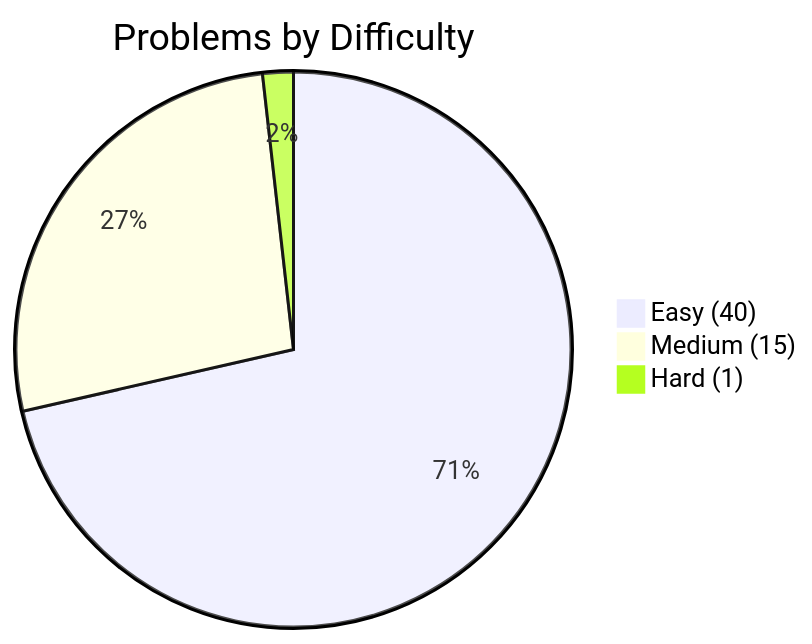
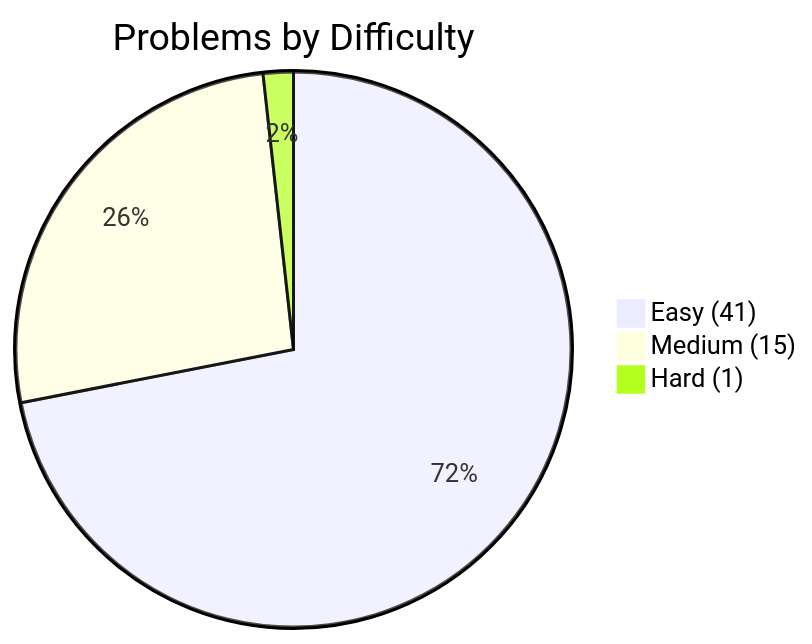
Before and after one commit to kanishk-procoder/leetcode-grind: the first of 2 diagrams in PROGRESS.md, drawn with Mermaid. The commit also changed other lines of this file and 4 other files, not shown here.

````diff
--- a/PROGRESS.md
+++ b/PROGRESS.md
@@ -5,6 +5,6 @@
 ```mermaid
 pie title Problems by Difficulty
-    "Easy (40)" : 40
+    "Easy (41)" : 41
     "Medium (15)" : 15
     "Hard (1)" : 1
 ```
````
